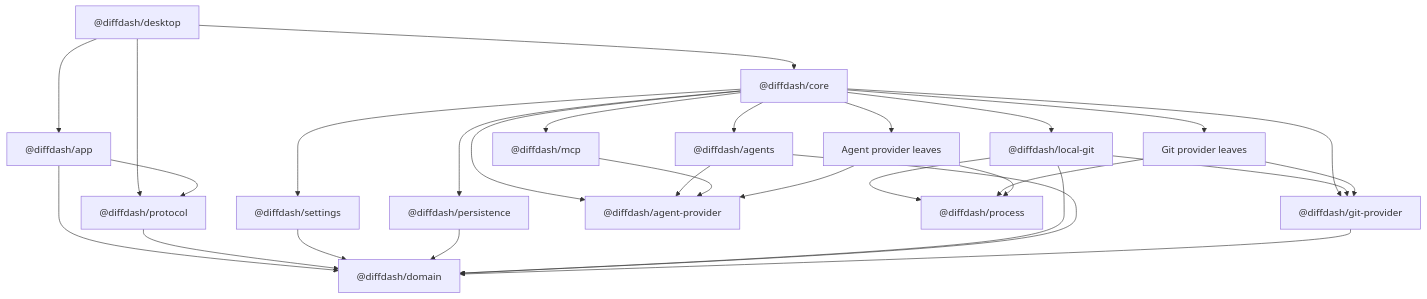
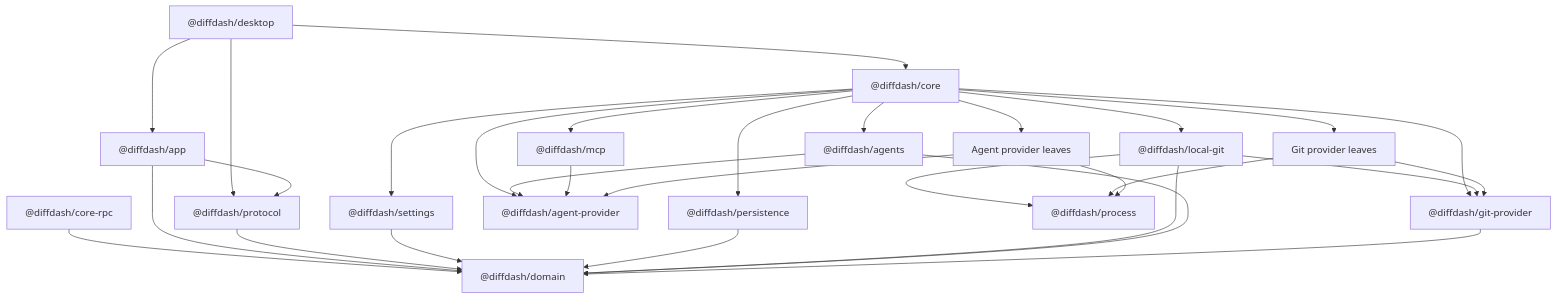
The diagram in docs/architecture.md (byfungsi/diffdash), drawn with Mermaid before and after one commit. The commit also changed other lines of this file and 18 other files, not shown here.

Commit message:
feat: define core RPC contract foundation

````diff
--- a/docs/architecture.md
+++ b/docs/architecture.md
@@ -12,32 +12,33 @@
 ```mermaid
 graph TD
   desktop["@diffdash/desktop"] --> core["@diffdash/core"]
   desktop["@diffdash/desktop"] --> app["@diffdash/app"]
   desktop --> protocol["@diffdash/protocol"]
   core --> settings["@diffdash/settings"]
   core --> persistence["@diffdash/persistence"]
   core --> localGit["@diffdash/local-git"]
   core --> agents["@diffdash/agents"]
   core --> mcp["@diffdash/mcp"]
   core --> gitSdk["@diffdash/git-provider"]
   core --> agentSdk["@diffdash/agent-provider"]
   core --> gitProviders["Git provider leaves"]
   core --> agentProviders["Agent provider leaves"]
+  coreRpc["@diffdash/core-rpc"] --> domain["@diffdash/domain"]
 
   app --> protocol
   app --> domain["@diffdash/domain"]
   protocol --> domain
   settings --> domain
   persistence --> domain
   localGit --> domain
   localGit --> gitSdk
   localGit --> process["@diffdash/process"]
   agents --> domain
   agents --> agentSdk
   mcp --> agentSdk
   gitSdk --> domain
   gitProviders --> gitSdk
   gitProviders --> process
   agentProviders --> agentSdk
   agentProviders --> process
 ```
````
